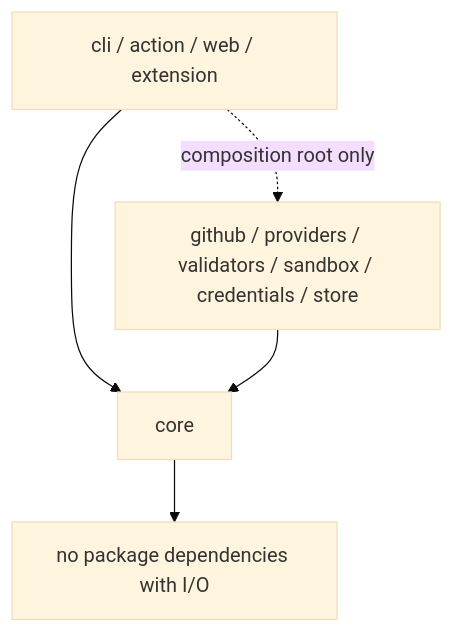
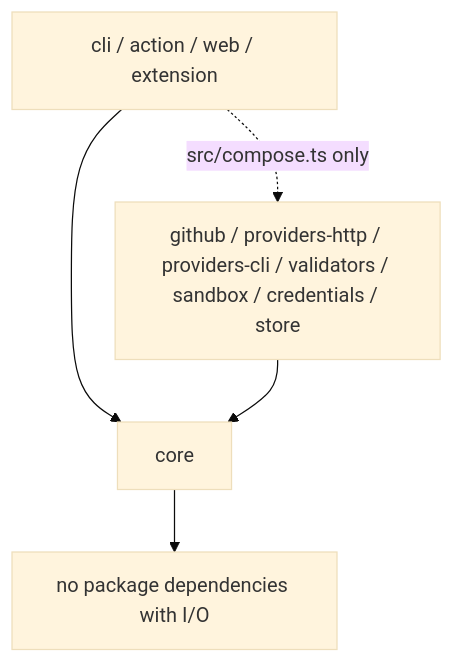
Before and after one commit to bharathravi-dev/PR-Review: the second of 3 diagrams in _bmad-output/planning-artifacts/architecture/architecture-pr-reviewer-2026-11-25/ARCHITECTURE-SPINE.md, drawn with Mermaid (base theme). The commit also changed other lines of this file and 17 other files, not shown here.

````diff
--- a/_bmad-output/planning-artifacts/architecture/architecture-pr-reviewer-2026-11-25/ARCHITECTURE-SPINE.md
+++ b/_bmad-output/planning-artifacts/architecture/architecture-pr-reviewer-2026-11-25/ARCHITECTURE-SPINE.md
@@ -79,7 +82,7 @@
 ```mermaid
 flowchart TB
   channels[cli / action / web / extension] --> core
-  channels -. composition root only .-> adapters
-  adapters[github / providers / validators / sandbox / credentials / store] --> core
+  channels -.->|src/compose.ts only| adapters
+  adapters[github / providers-http / providers-cli / validators / sandbox / credentials / store] --> core
   core --> nothing[no package dependencies with I/O]
 ```
````
